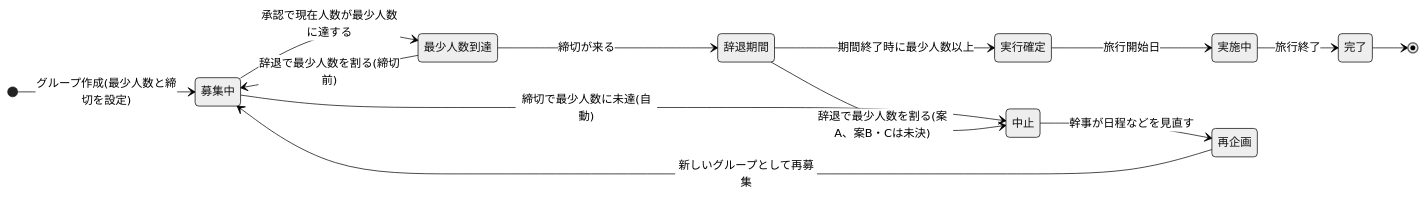
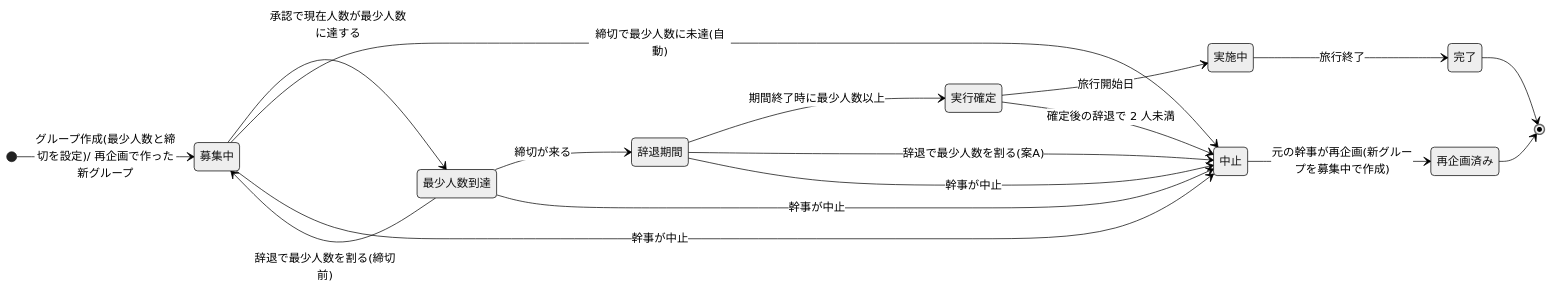
The diagram in docs/design/04-screens-flow.md (masahirosako1005/MC-006), drawn with Mermaid (neutral theme) before and after one commit. The commit also changed other lines of this file and 34 other files, not shown here.

````diff
--- a/docs/design/04-screens-flow.md
+++ b/docs/design/04-screens-flow.md
@@ -58,16 +78,20 @@
 ```mermaid
 stateDiagram-v2
   direction LR
-  [*] --> 募集中: グループ作成(最少人数と締切を設定)
+  [*] --> 募集中: グループ作成(最少人数と締切を設定)/ 再企画で作った新グループ
   募集中 --> 最少人数到達: 承認で現在人数が最少人数に達する
   最少人数到達 --> 募集中: 辞退で最少人数を割る(締切前)
   募集中 --> 中止: 締切で最少人数に未達(自動)
   最少人数到達 --> 辞退期間: 締切が来る
   辞退期間 --> 実行確定: 期間終了時に最少人数以上
-  辞退期間 --> 中止: 辞退で最少人数を割る(案A、案B・Cは未決)
+  辞退期間 --> 中止: 辞退で最少人数を割る(案A)
   実行確定 --> 実施中: 旅行開始日
+  実行確定 --> 中止: 確定後の辞退で 2 人未満
   実施中 --> 完了: 旅行終了
-  中止 --> 再企画: 幹事が日程などを見直す
-  再企画 --> 募集中: 新しいグループとして再募集
+  募集中 --> 中止: 幹事が中止
+  最少人数到達 --> 中止: 幹事が中止
+  辞退期間 --> 中止: 幹事が中止
+  中止 --> 再企画済み: 元の幹事が再企画(新グループを募集中で作成)
   完了 --> [*]
+  再企画済み --> [*]
 ```
````
